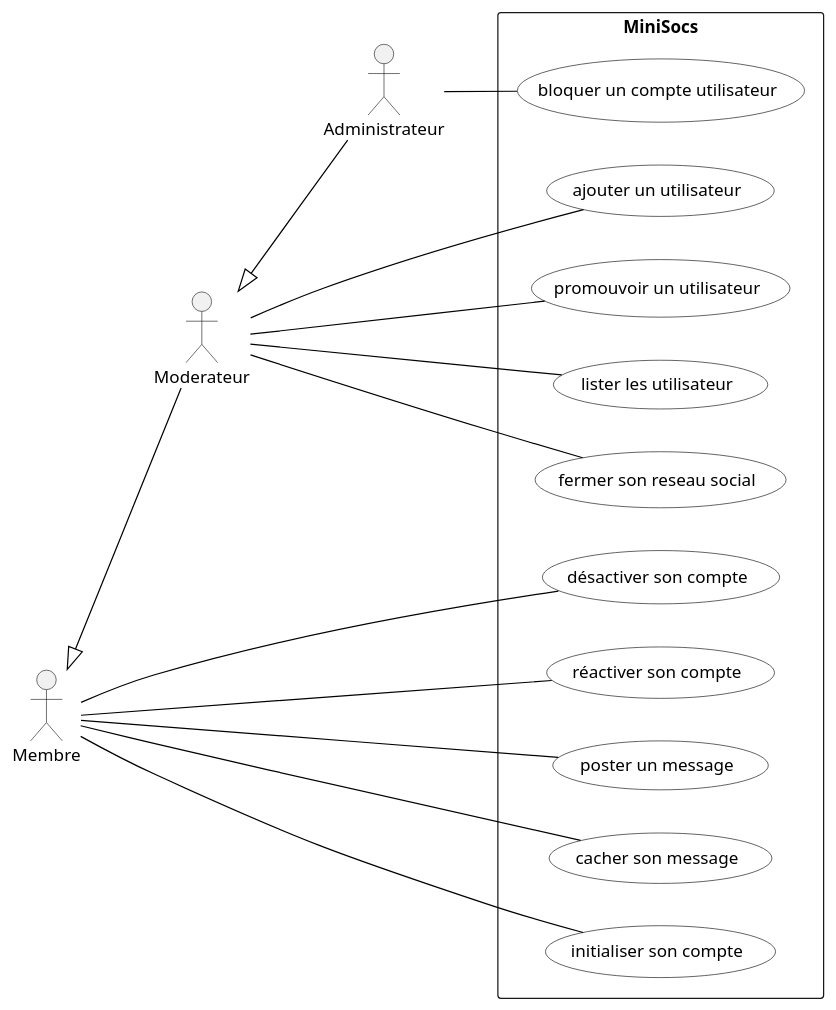
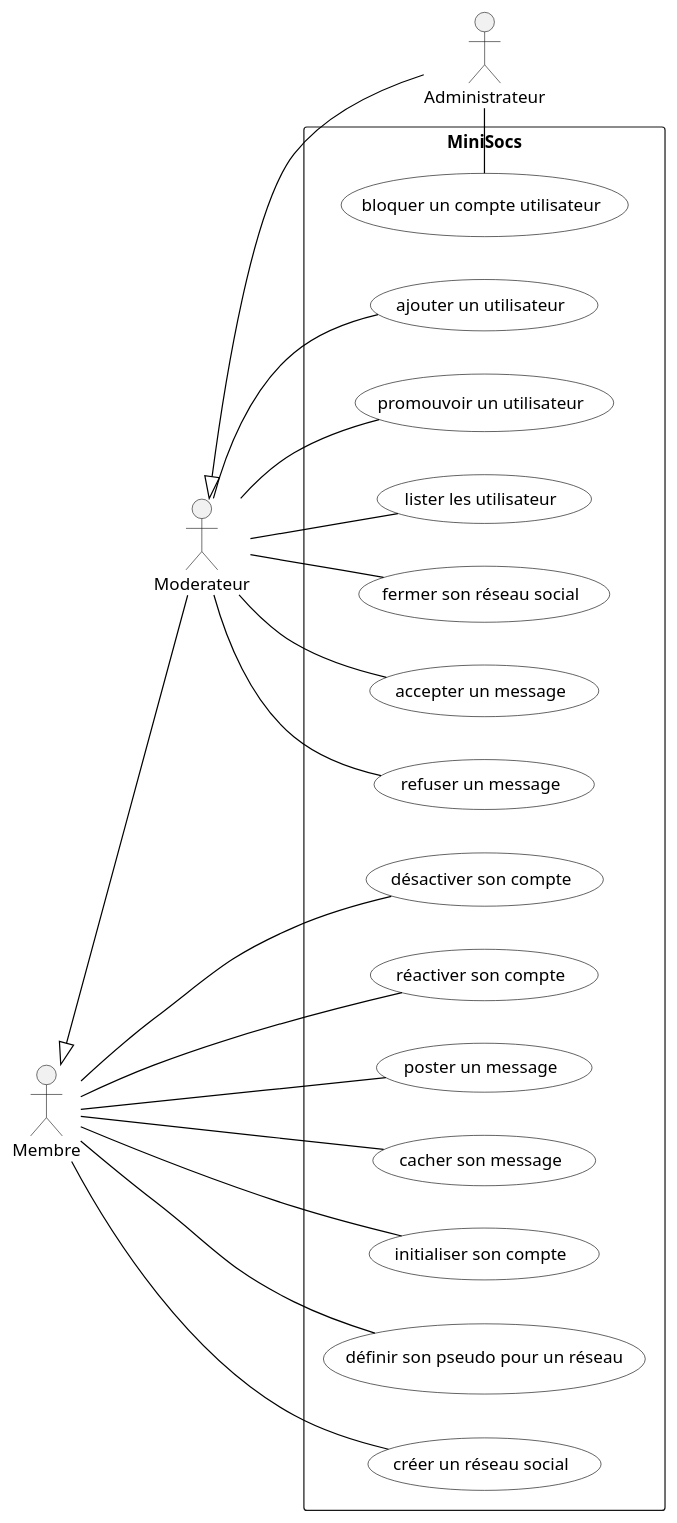
Before and after one commit to ThELud0/Minisocs: the diagram in Diagrammes/minisocs_uml_diag_cas_utilisation.pu, drawn with PlantUML. The commit also changed 1 other file, not shown here.

Commit message:
modif diagramme cas d'utilisation

```diff
--- a/Diagrammes/minisocs_uml_diag_cas_utilisation.pu
+++ b/Diagrammes/minisocs_uml_diag_cas_utilisation.pu
@@ -1,36 +1,40 @@
 @startuml
 
 'Diagramme de cas d'utilisation (PlantUML)'
 
 'Configuration charte graphique'
 skinparam usecase {
 BackgroundColor White
 BorderColor Black
 ArrowColor Black
 ActorBackgroundColor<< Human >> Gold
 }
 
 left to right direction
 
 'Déclaration des acteurs :'
 actor Administrateur
 actor Moderateur
 actor Membre
 Moderateur <|-- Administrateur
 Membre <|-- Moderateur
 'Déclaration des cas d'utilisation dans le système'
 rectangle "MiniSocs" {
 
 :Administrateur: -- (bloquer un compte utilisateur)
 :Moderateur: -- (ajouter un utilisateur)
 :Moderateur: -- (promouvoir un utilisateur)
 :Moderateur: -- (lister les utilisateur)
-:Moderateur: -- (fermer son reseau social)
+:Moderateur: -- (fermer son réseau social)
+:Moderateur: -- (accepter un message)
+:Moderateur: -- (refuser un message)
 :Membre:    -- (désactiver son compte)
 :Membre:    -- (réactiver son compte)
 :Membre:    -- (poster un message)
 :Membre:    -- (cacher son message)
 :Membre:    -- (initialiser son compte)
+:Membre:    -- (définir son pseudo pour un réseau)
+:Membre:    -- (créer un réseau social)
 }
 
 @enduml
```
